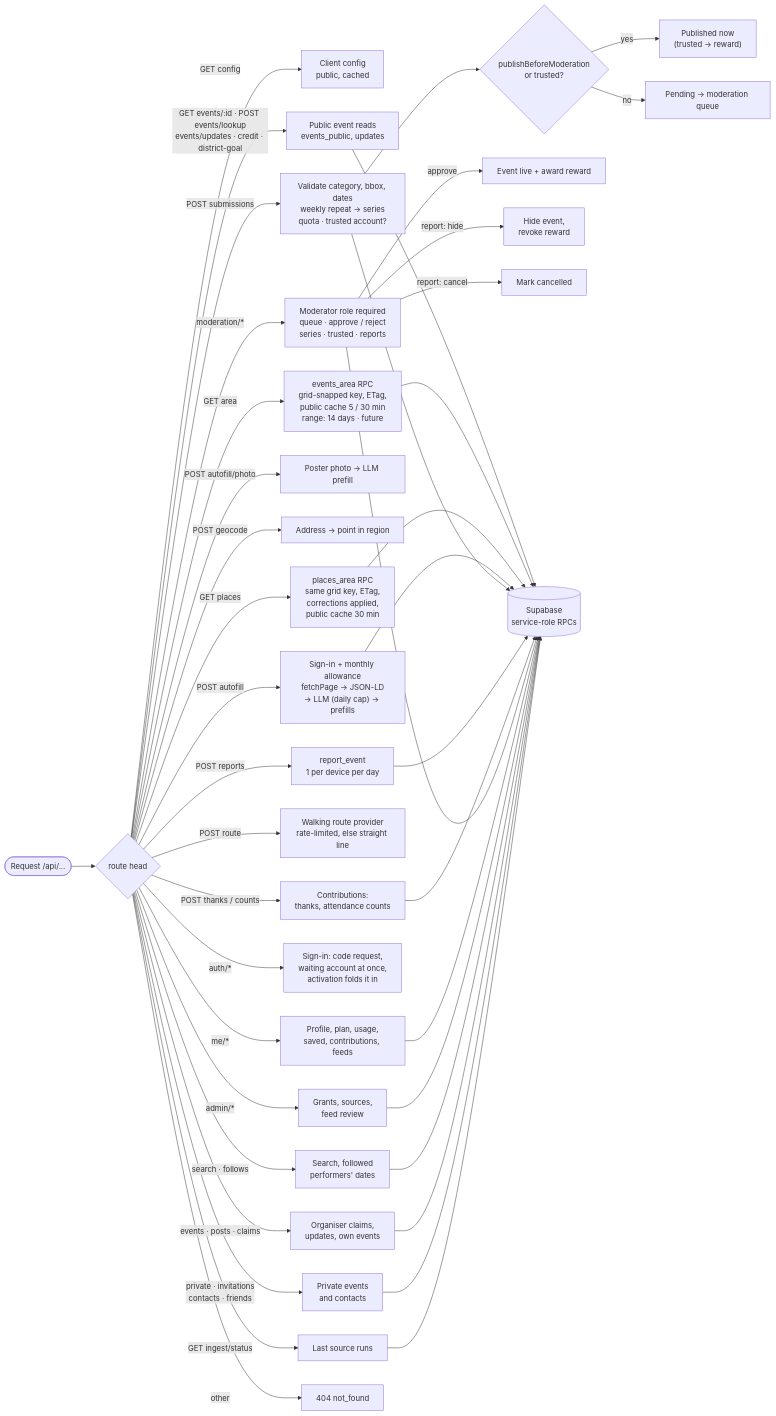
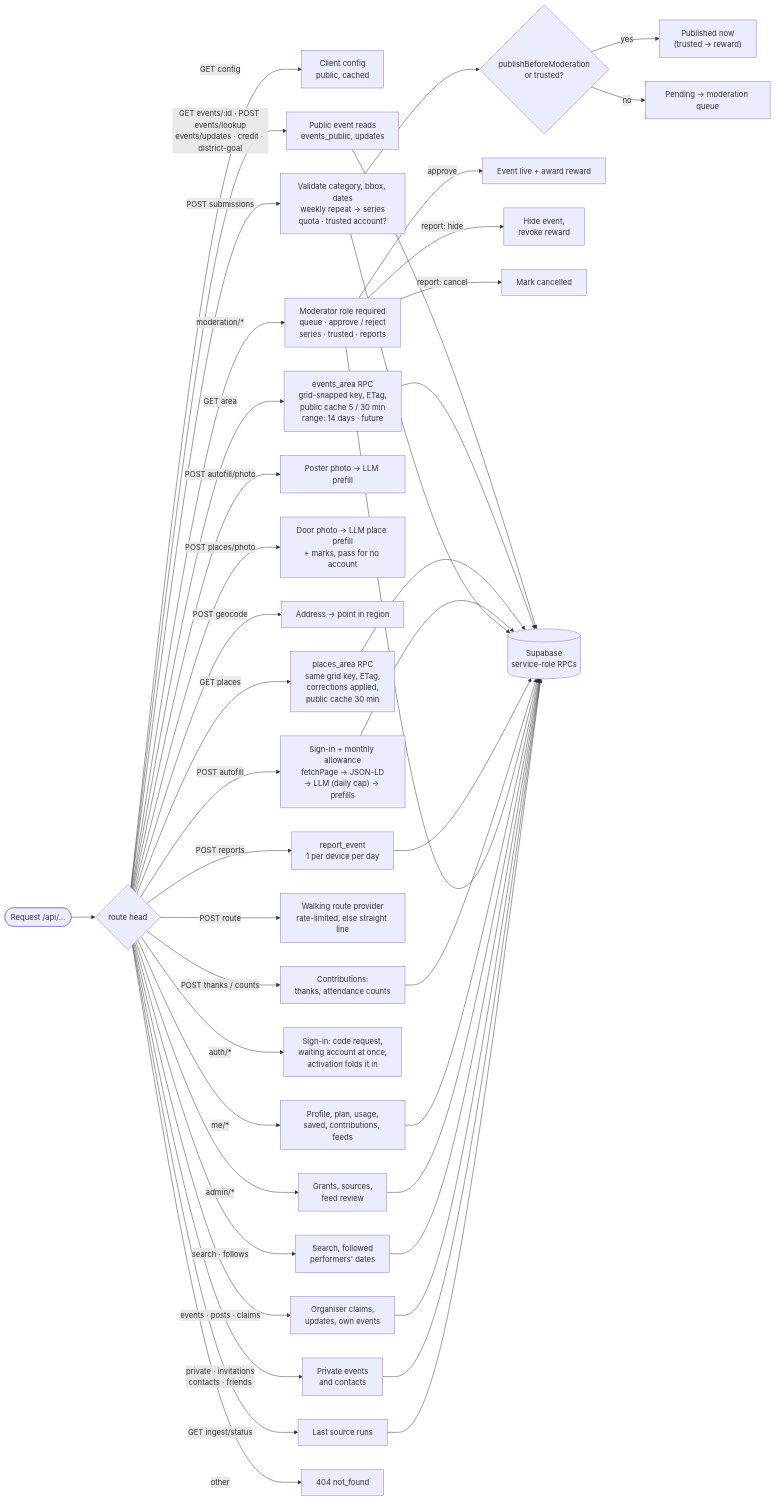
One commit to PriamSinbob/Happow changed the third of 4 diagrams in docs/ARCHITECTURE.md. Above: the diagram before and after it, drawn with Mermaid. The commit also changed other lines of this file and 27 other files, not shown here.

First line of the commit message:
Add places from a photo, with or without an account

````diff
--- a/docs/ARCHITECTURE.md
+++ b/docs/ARCHITECTURE.md
@@ -123,33 +123,34 @@
 ```mermaid
 flowchart LR
   REQ(["Request /api/..."]) --> R{"route head"}
   R -- "GET config" --> CONF2["Client config<br/>public, cached"]
   R -- "GET events/:id · POST events/lookup<br/>events/updates · credit · district-goal" --> EVR["Public event reads<br/>events_public, updates"]
   R -- "GET area" --> AREA["events_area RPC<br/>grid-snapped key, ETag,<br/>public cache 5 / 30 min<br/>range: 14 days · future"]
   R -- "GET places" --> PLACES["places_area RPC<br/>same grid key, ETag,<br/>corrections applied,<br/>public cache 30 min"]
   R -- "POST autofill" --> AF["Sign-in + monthly allowance<br/>fetchPage → JSON-LD<br/>→ LLM (daily cap) → prefills"]
   R -- "POST autofill/photo" --> AFP["Poster photo → LLM prefill"]
+  R -- "POST places/photo" --> PPH["Door photo → LLM place prefill<br/>+ marks, pass for no account"]
   R -- "POST geocode" --> GC["Address → point in region"]
   R -- "POST submissions" --> SUB["Validate category, bbox, dates<br/>weekly repeat → series<br/>quota · trusted account?"]
   R -- "POST reports" --> REP["report_event<br/>1 per device per day"]
   R -- "POST thanks / counts" --> CON["Contributions:<br/>thanks, attendance counts"]
   R -- "POST route" --> ROUTE["Walking route provider<br/>rate-limited, else straight line"]
   R -- "moderation/*" --> MOD["Moderator role required<br/>queue · approve / reject<br/>series · trusted · reports"]
   R -- "auth/*" --> AUTH["Sign-in: code request,<br/>waiting account at once,<br/>activation folds it in"]
   R -- "me/*" --> ME["Profile, plan, usage,<br/>saved, contributions, feeds"]
   R -- "admin/*" --> ADM["Grants, sources,<br/>feed review"]
   R -- "search · follows" --> FOL["Search, followed<br/>performers' dates"]
   R -- "events · posts · claims" --> ORG["Organiser claims,<br/>updates, own events"]
   R -- "private · invitations<br/>contacts · friends" --> PRIV["Private events<br/>and contacts"]
   R -- "GET ingest/status" --> IST["Last source runs"]
   R -- other --> E404["404 not_found"]
 
   SUB --> PUB{"publishBeforeModeration<br/>or trusted?"}
   PUB -- yes --> LIVE["Published now<br/>(trusted → reward)"]
   PUB -- no --> PEND["Pending → moderation queue"]
   MOD -- approve --> AWARD["Event live + award reward"]
   MOD -- "report: hide" --> REVOKE["Hide event,<br/>revoke reward"]
   MOD -- "report: cancel" --> CANC["Mark cancelled"]
 
   EVR & AREA & PLACES & AF & SUB & REP & CON & MOD & ME & ADM & FOL & ORG & PRIV & IST --> DB[("Supabase<br/>service-role RPCs")]
 ```
````
